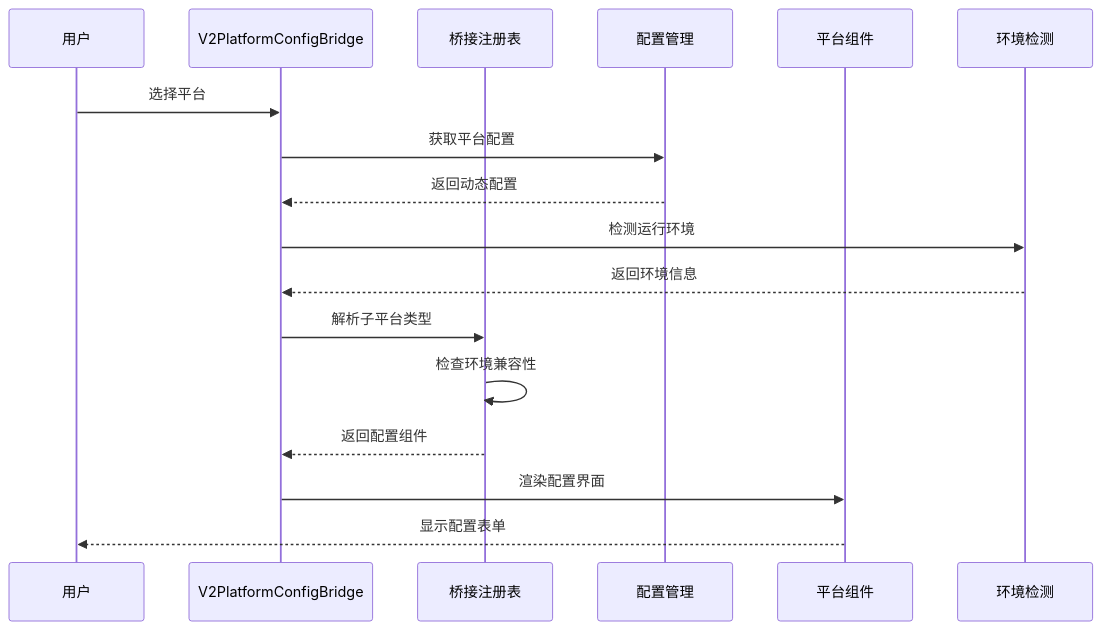
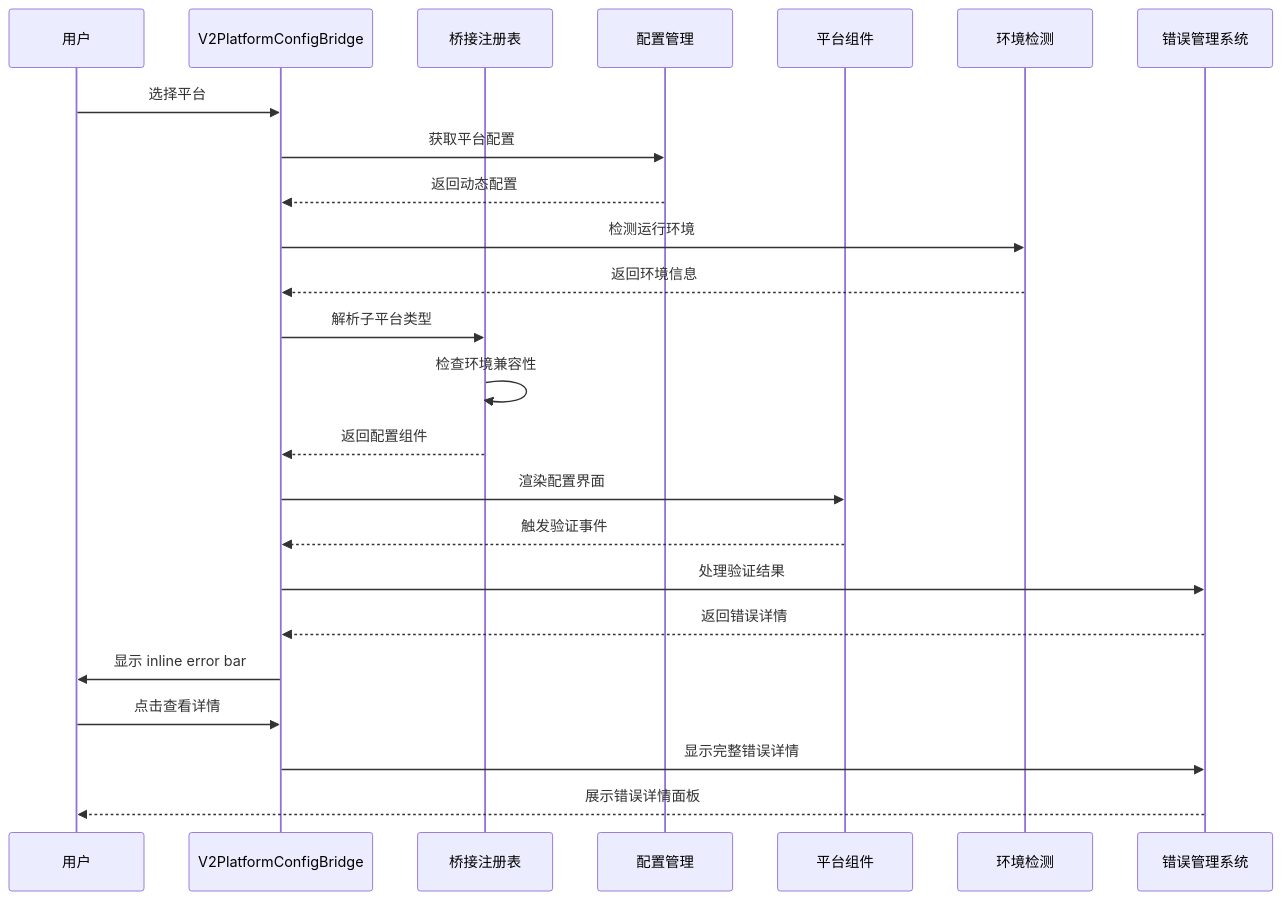
The second of 8 diagrams in .qoder/repowiki/zh/content/V2 平台配置桥组件.md (terwer/siyuan-plugin-publisher), drawn with Mermaid before and after one commit. The commit also changed other lines of this file and 15 other files, not shown here.

````diff
--- a/.qoder/repowiki/zh/content/V2 平台配置桥组件.md
+++ b/.qoder/repowiki/zh/content/V2 平台配置桥组件.md
@@ -175,19 +201,26 @@
 ```mermaid
 sequenceDiagram
 participant User as 用户
 participant Bridge as V2PlatformConfigBridge
 participant Registry as 桥接注册表
 participant Config as 配置管理
 participant Platform as 平台组件
 participant Env as 环境检测
+participant ErrorMgr as 错误管理系统
 User->>Bridge : 选择平台
 Bridge->>Config : 获取平台配置
 Config-->>Bridge : 返回动态配置
 Bridge->>Env : 检测运行环境
 Env-->>Bridge : 返回环境信息
 Bridge->>Registry : 解析子平台类型
 Registry->>Registry : 检查环境兼容性
 Registry-->>Bridge : 返回配置组件
 Bridge->>Platform : 渲染配置界面
-Platform-->>User : 显示配置表单
+Platform-->>Bridge : 触发验证事件
+Bridge->>ErrorMgr : 处理验证结果
+ErrorMgr-->>Bridge : 返回错误详情
+Bridge->>User : 显示 inline error bar
+User->>Bridge : 点击查看详情
+Bridge->>ErrorMgr : 显示完整错误详情
+ErrorMgr-->>User : 展示错误详情面板
 ```
````
